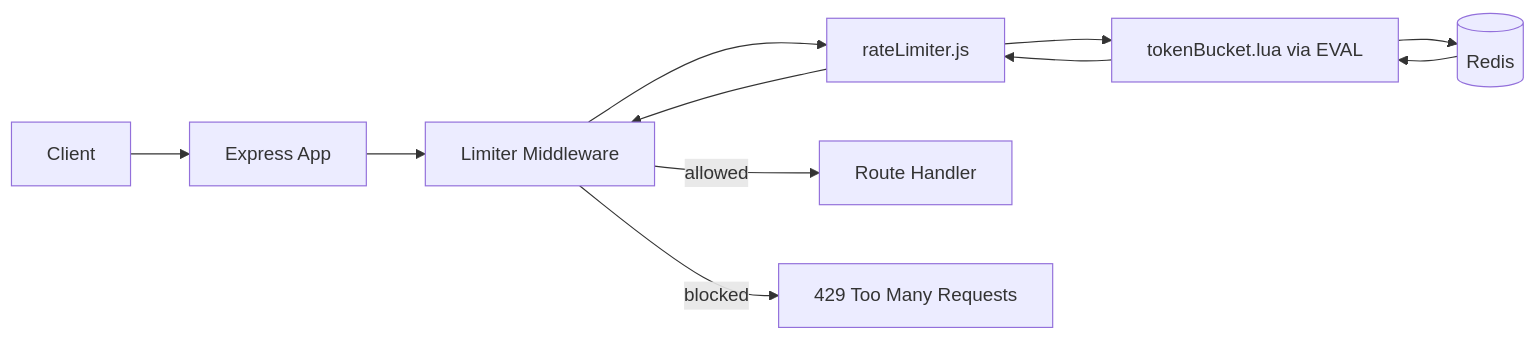
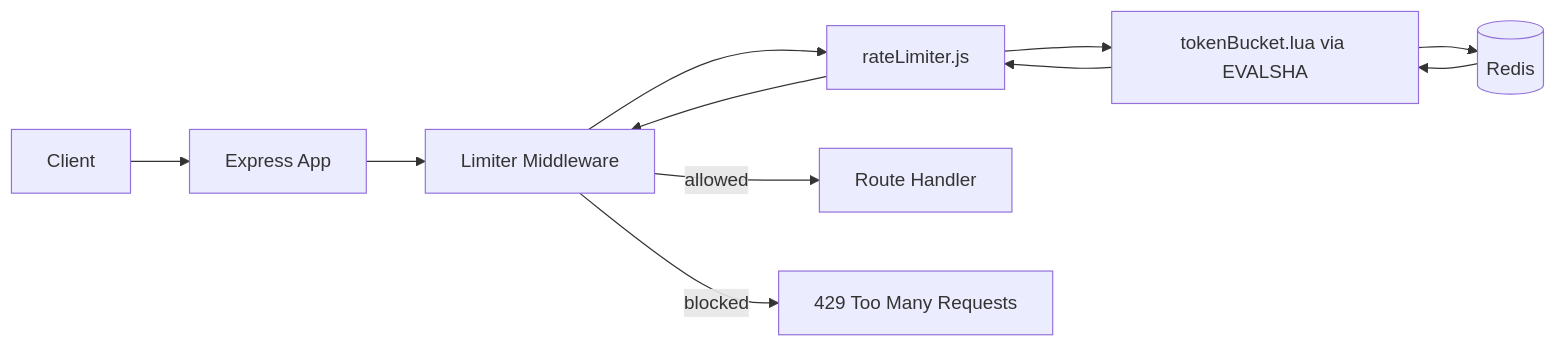
The diagram in README.md (SoorajSundar1505/distributed-token-bucket-rate-limiter), drawn with Mermaid before and after one commit. The commit also changed other lines of this file and 6 other files, not shown here.

Commit message:
Updated a Redis + Lua token-bucket limiter for more production-like behavior

````diff
--- a/README.md
+++ b/README.md
@@ -106,13 +134,13 @@
 ```mermaid
 flowchart LR
-    C[Client] --> A[Express App]
-    A --> M[Limiter Middleware]
-    M --> R[rateLimiter.js]
-    R --> L[tokenBucket.lua via EVAL]
-    L --> D[(Redis)]
-    D --> L
-    L --> R
-    R --> M
-    M -->|allowed| API[Route Handler]
-    M -->|blocked| E[429 Too Many Requests]
+  C[Client] --> A[Express App]
+  A --> M[Limiter Middleware]
+  M --> R[rateLimiter.js]
+  R --> L[tokenBucket.lua via EVALSHA]
+  L --> D[(Redis)]
+  D --> L
+  L --> R
+  R --> M
+  M -->|allowed| API[Route Handler]
+  M -->|blocked| E[429 Too Many Requests]
 ```
````
